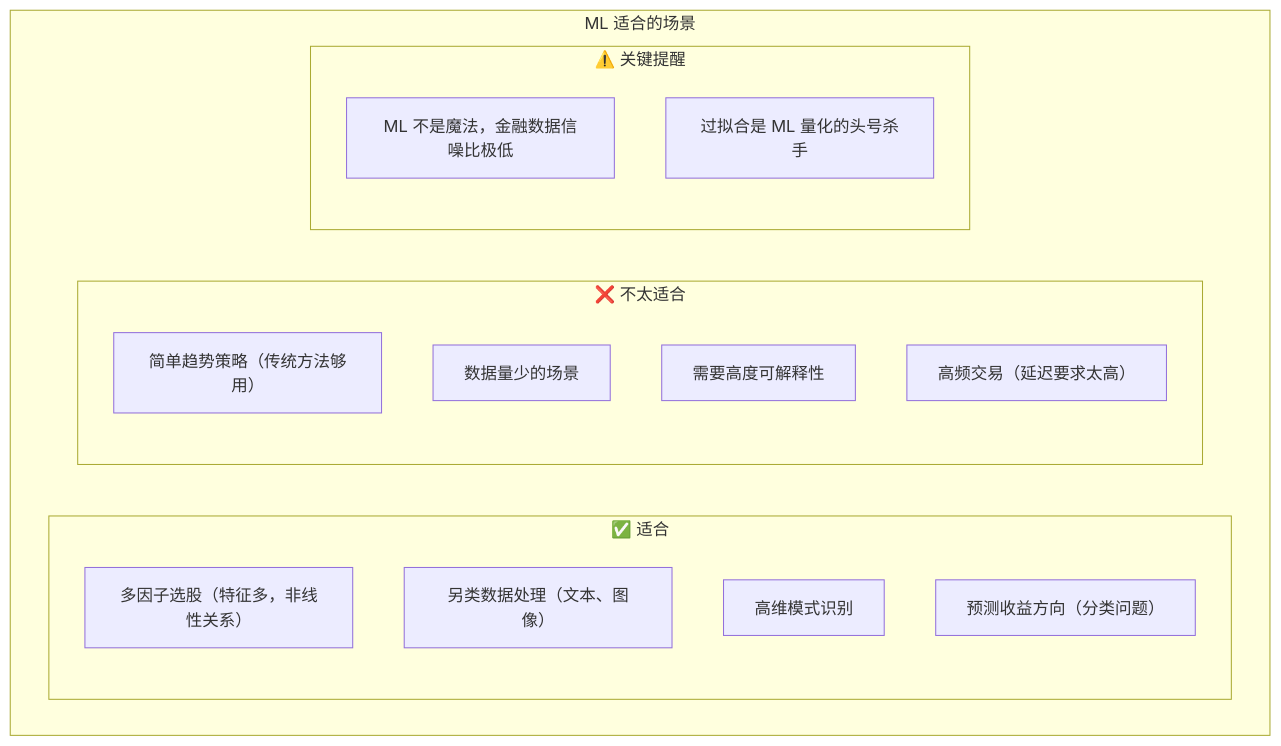
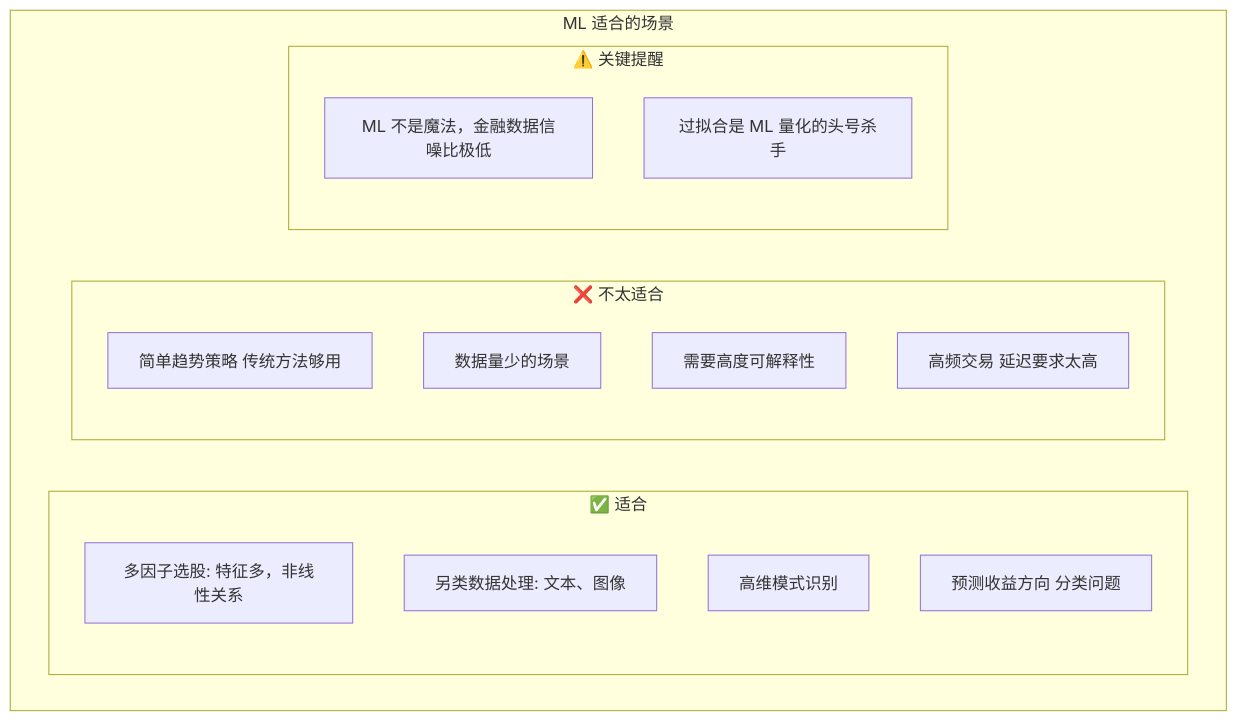
One commit to jpixy/jpixy.github.io changed the first of 11 diagrams in content/articles/quant/quant-07-机器学习量化实战.md. Above: the diagram before and after it, drawn with Mermaid. The commit also changed other lines of this file and 66 other files, not shown here.

Commit message:
fix: resolve Mermaid syntax errors by removing parentheses in node labels

````diff
--- a/content/articles/quant/quant-07-机器学习量化实战.md
+++ b/content/articles/quant/quant-07-机器学习量化实战.md
@@ -35,21 +35,21 @@
 ```mermaid
 graph TB
     subgraph ML场景["ML 适合的场景"]
         subgraph 适合["✅ 适合"]
-            S1["多因子选股（特征多，非线性关系）"]
-            S2["另类数据处理（文本、图像）"]
+            S1["多因子选股: 特征多，非线性关系"]
+            S2["另类数据处理: 文本、图像"]
             S3["高维模式识别"]
-            S4["预测收益方向（分类问题）"]
+            S4["预测收益方向 分类问题"]
         end
         subgraph 不适合["❌ 不太适合"]
-            N1["简单趋势策略（传统方法够用）"]
+            N1["简单趋势策略 传统方法够用"]
             N2["数据量少的场景"]
             N3["需要高度可解释性"]
-            N4["高频交易（延迟要求太高）"]
+            N4["高频交易 延迟要求太高"]
         end
         subgraph 提醒["⚠️ 关键提醒"]
             W1["ML 不是魔法，金融数据信噪比极低"]
             W2["过拟合是 ML 量化的头号杀手"]
         end
     end
 ```
````
